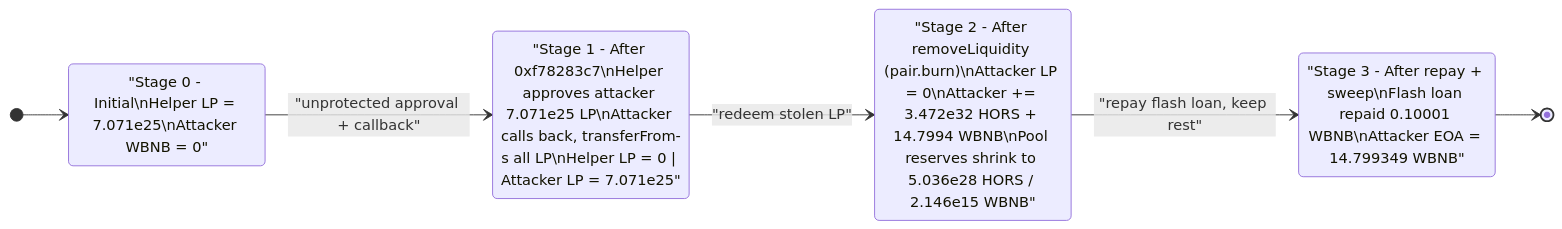
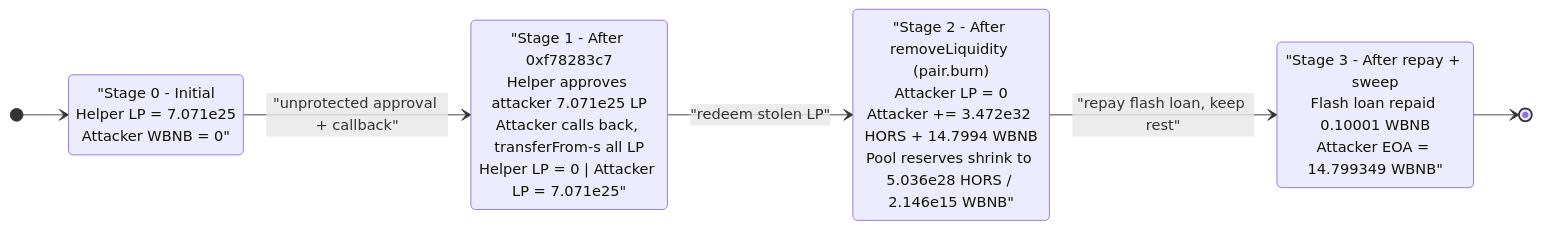
Before and after one commit to sanbir/evm-hack-registry: the third of 3 diagrams in 2025-01-HORS_exp/HORS_exp.md, drawn with Mermaid. The commit also changed 280 other files, not shown here.

Commit message:
mermaid fixes

````diff
--- a/2025-01-HORS_exp/HORS_exp.md
+++ b/2025-01-HORS_exp/HORS_exp.md
@@ -244,13 +244,13 @@
 ```mermaid
 stateDiagram-v2
     direction LR
     [*] --> S0
-    S0: "Stage 0 - Initial\nHelper LP = 7.071e25\nAttacker WBNB = 0"
-    S1: "Stage 1 - After 0xf78283c7\nHelper approves attacker 7.071e25 LP\nAttacker calls back, transferFrom-s all LP\nHelper LP = 0 | Attacker LP = 7.071e25"
-    S2: "Stage 2 - After removeLiquidity (pair.burn)\nAttacker LP = 0\nAttacker += 3.472e32 HORS + 14.7994 WBNB\nPool reserves shrink to 5.036e28 HORS / 2.146e15 WBNB"
-    S3: "Stage 3 - After repay + sweep\nFlash loan repaid 0.10001 WBNB\nAttacker EOA = 14.799349 WBNB"
+    S0: "Stage 0 - Initial<br/>Helper LP = 7.071e25<br/>Attacker WBNB = 0"
+    S1: "Stage 1 - After 0xf78283c7<br/>Helper approves attacker 7.071e25 LP<br/>Attacker calls back, transferFrom-s all LP<br/>Helper LP = 0 | Attacker LP = 7.071e25"
+    S2: "Stage 2 - After removeLiquidity (pair.burn)<br/>Attacker LP = 0<br/>Attacker += 3.472e32 HORS + 14.7994 WBNB<br/>Pool reserves shrink to 5.036e28 HORS / 2.146e15 WBNB"
+    S3: "Stage 3 - After repay + sweep<br/>Flash loan repaid 0.10001 WBNB<br/>Attacker EOA = 14.799349 WBNB"
     S0 --> S1: "unprotected approval + callback"
     S1 --> S2: "redeem stolen LP"
     S2 --> S3: "repay flash loan, keep rest"
     S3 --> [*]
 ```
````
